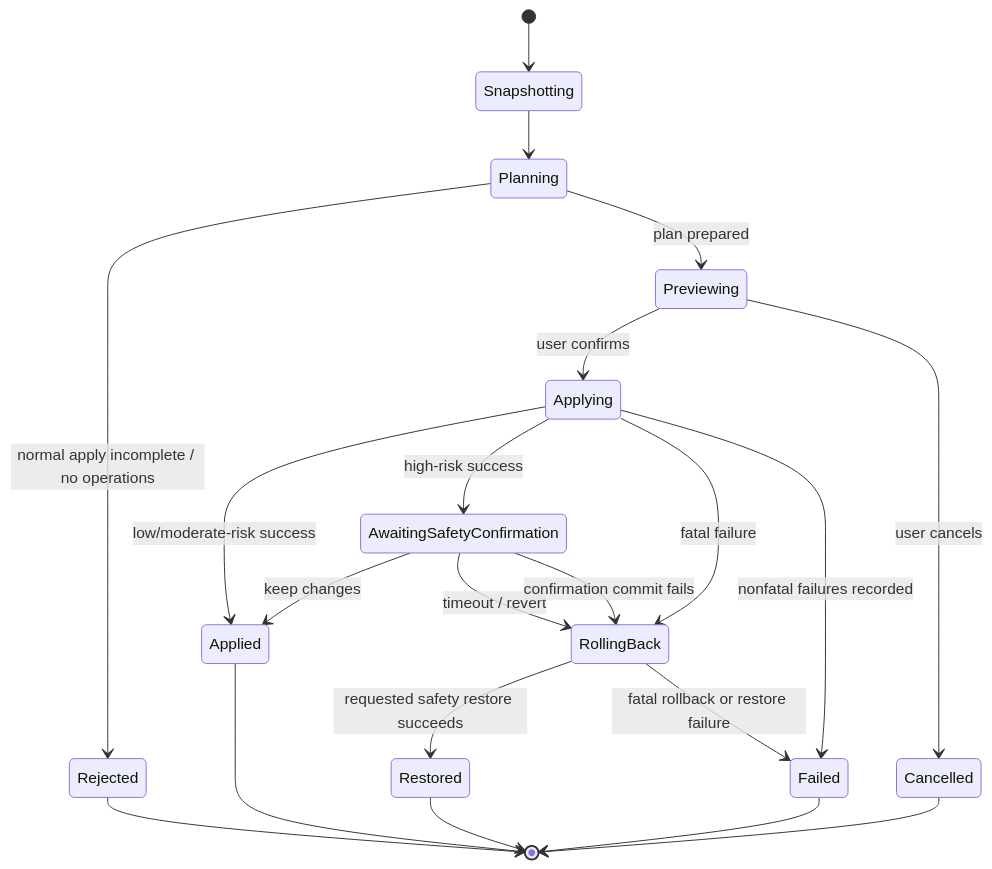
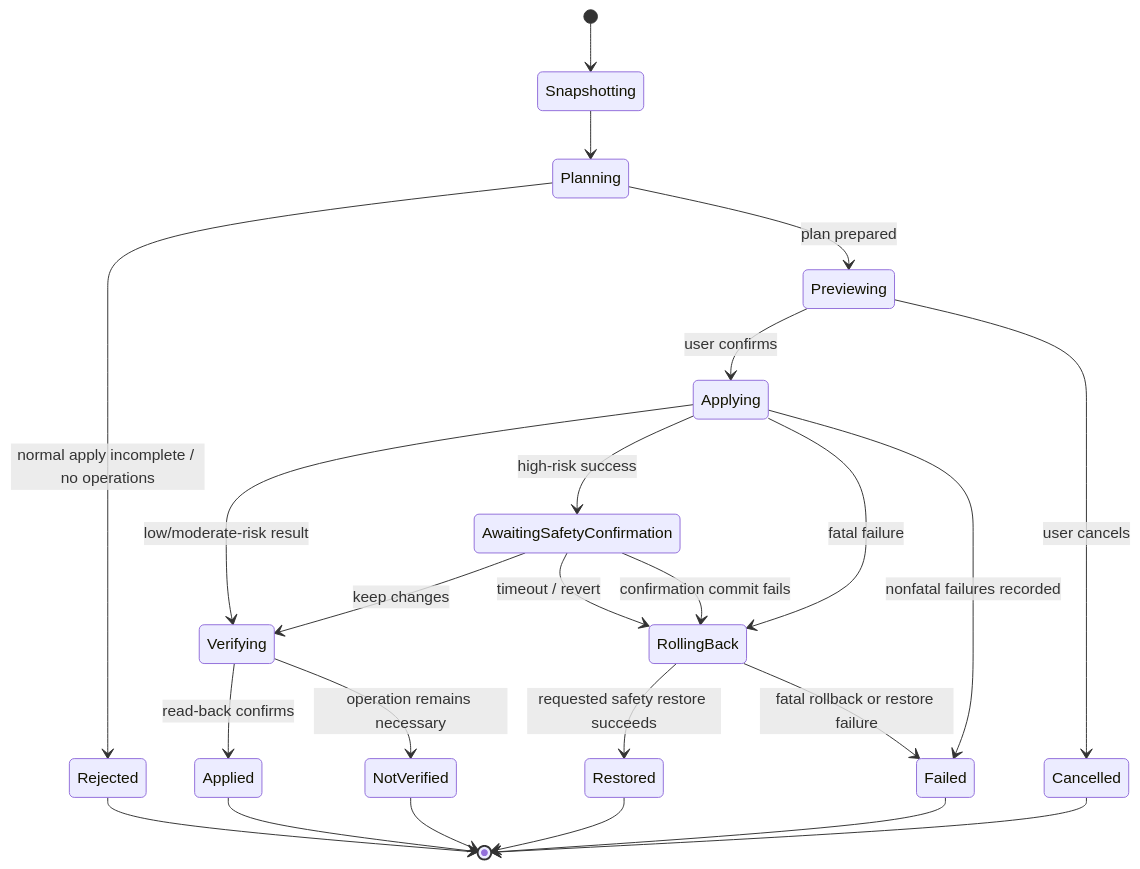
Before and after one commit to GGULBAE/desk-setup-switcher: the second of 2 diagrams in docs/ARCHITECTURE.md, drawn with Mermaid. The commit also changed other lines of this file and 50 other files, not shown here.

````diff
--- a/docs/ARCHITECTURE.md
+++ b/docs/ARCHITECTURE.md
@@ -60,23 +74,26 @@
 ```mermaid
 stateDiagram-v2
     [*] --> Snapshotting
     Snapshotting --> Planning
     Planning --> Rejected: normal apply incomplete / no operations
     Planning --> Previewing: plan prepared
     Previewing --> Applying: user confirms
     Previewing --> Cancelled: user cancels
-    Applying --> Applied: low/moderate-risk success
+    Applying --> Verifying: low/moderate-risk result
     Applying --> AwaitingSafetyConfirmation: high-risk success
-    AwaitingSafetyConfirmation --> Applied: keep changes
+    AwaitingSafetyConfirmation --> Verifying: keep changes
     AwaitingSafetyConfirmation --> RollingBack: timeout / revert
     AwaitingSafetyConfirmation --> RollingBack: confirmation commit fails
     Applying --> RollingBack: fatal failure
     Applying --> Failed: nonfatal failures recorded
     RollingBack --> Restored: requested safety restore succeeds
     RollingBack --> Failed: fatal rollback or restore failure
+    Verifying --> Applied: read-back confirms
+    Verifying --> NotVerified: operation remains necessary
     Applied --> [*]
+    NotVerified --> [*]
     Restored --> [*]
     Failed --> [*]
     Rejected --> [*]
     Cancelled --> [*]
 ```
````
